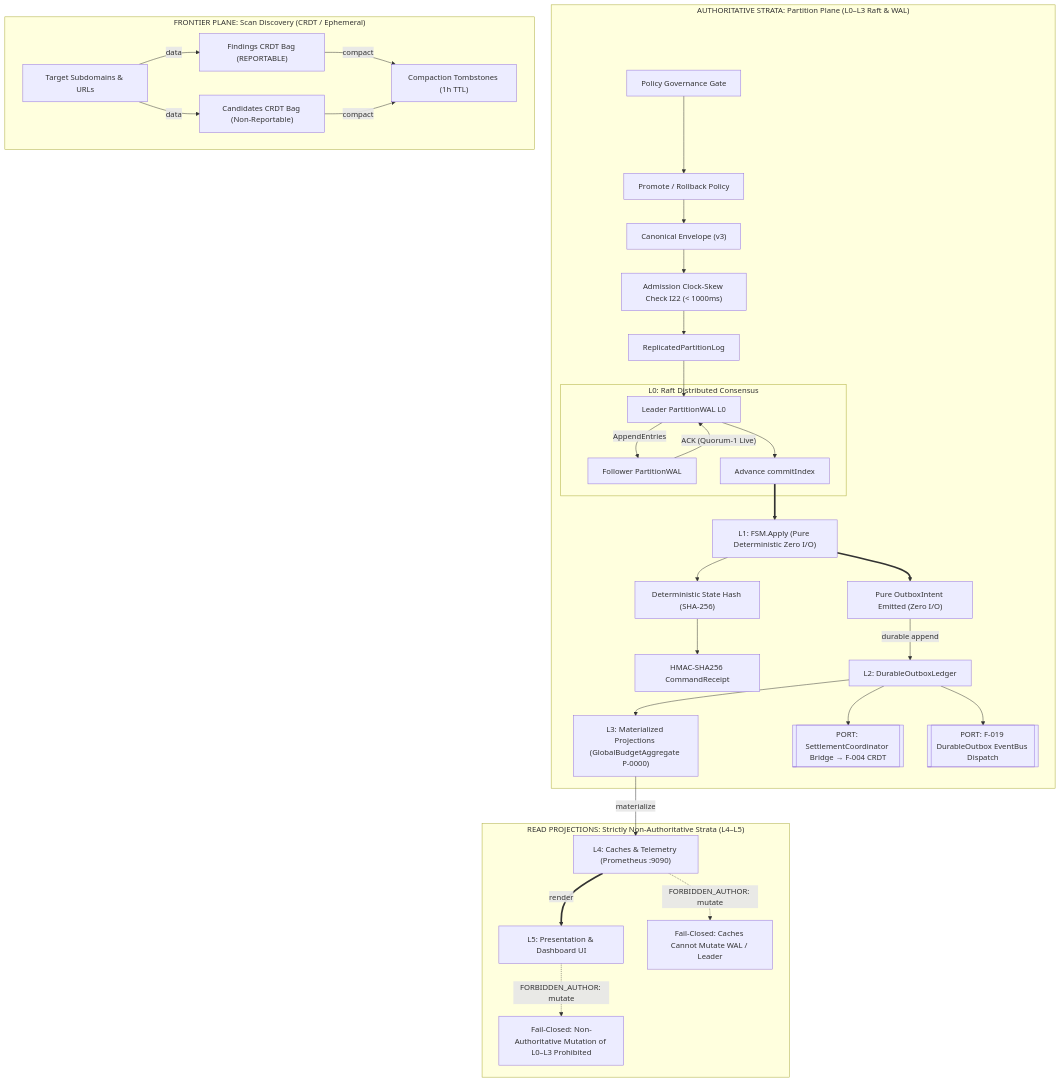
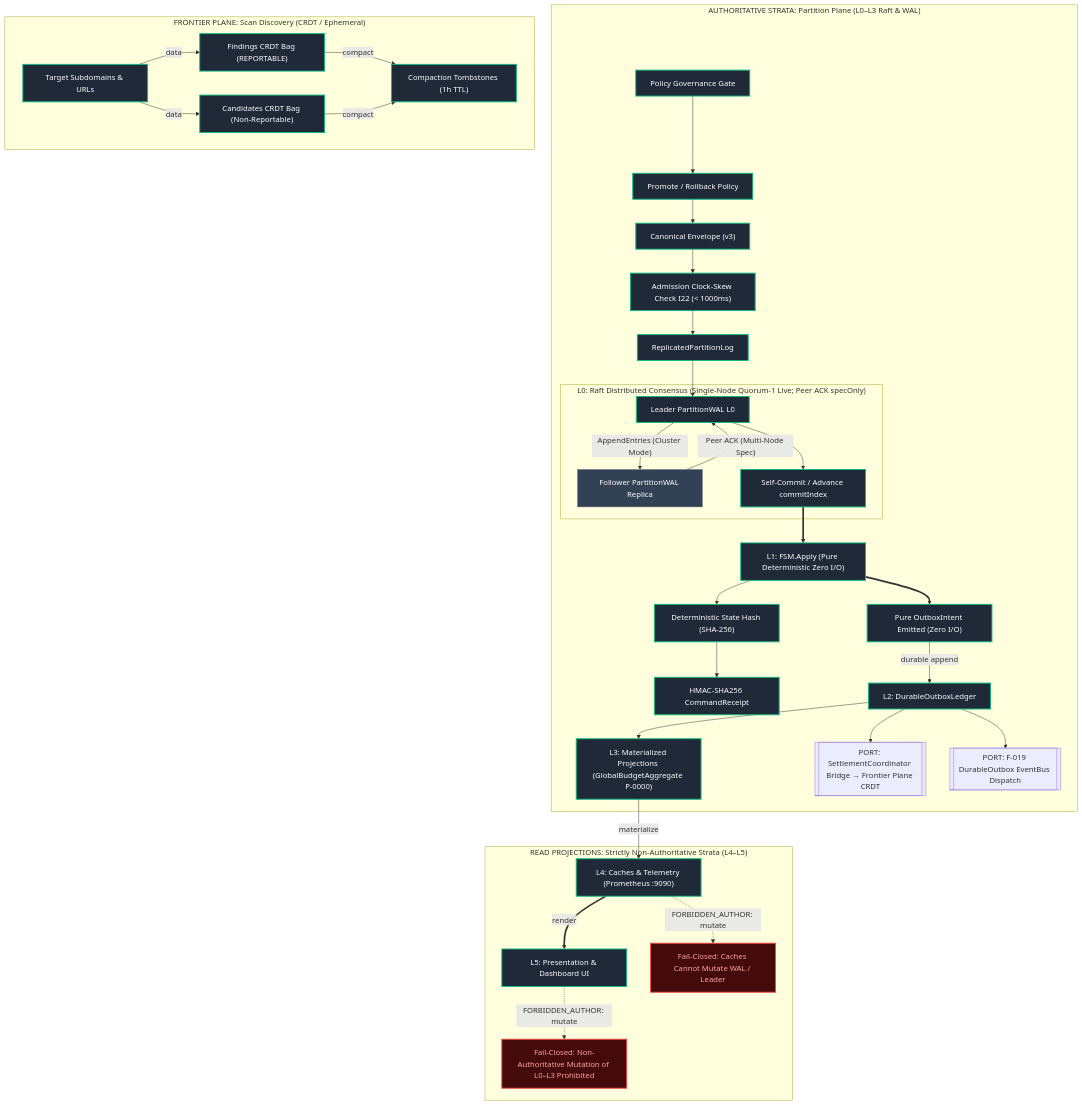
The fourth of 16 diagrams in docs/flowchart.md (AviralGup7/Singularity-Zero), drawn with Mermaid before and after one commit. The commit also changed other lines of this file, not shown here.

````diff
--- a/docs/flowchart.md
+++ b/docs/flowchart.md
@@ -181,46 +194,50 @@
 ```mermaid
 flowchart TD
+    classDef impl fill:#1f2937,stroke:#10b981,stroke-width:2px,color:#fff;
+    classDef library fill:#334155,stroke:#64748b,stroke-width:1px,color:#fff;
+    classDef forbidden fill:#450a0a,stroke:#ef4444,stroke-width:2px,color:#fca5a5;
+
     subgraph AuthoritativeStrata["AUTHORITATIVE STRATA: Partition Plane (L0–L3 Raft & WAL)"]
         Tuner["Policy Governance Gate"]:::impl --> Promo["Promote / Rollback Policy"]:::impl
         Promo --> EnvelopeIn["Canonical Envelope (v3)"]:::impl
         EnvelopeIn --> Admit["Admission Clock-Skew Check I22 (< 1000ms)"]:::impl
         Admit --> Log["ReplicatedPartitionLog"]:::impl
         
-        subgraph L0_Consensus["L0: Raft Distributed Consensus"]
+        subgraph L0_Consensus["L0: Raft Distributed Consensus (Single-Node Quorum-1 Live; Peer ACK specOnly)"]
             Leader["Leader PartitionWAL L0"]:::impl
-            F1["Follower PartitionWAL"]:::library
-            Leader -->|"AppendEntries"| F1
-            F1 -->|"ACK (Quorum-1 Live)"| Leader
-            Leader --> Commit["Advance commitIndex"]:::impl
+            F1["Follower PartitionWAL Replica"]:::library
+            Leader -->|"AppendEntries (Cluster Mode)"| F1
+            F1 -->|"Peer ACK (Multi-Node Spec)"| Leader
+            Leader --> Commit["Self-Commit / Advance commitIndex"]:::impl
         end
         Log --> Leader
         Commit ==> Apply["L1: FSM.Apply (Pure Deterministic Zero I/O)"]:::impl
         Apply --> StateHash["Deterministic State Hash (SHA-256)"]:::impl
         StateHash --> Receipt["HMAC-SHA256 CommandReceipt"]:::impl
         Apply ==> Intent["Pure OutboxIntent Emitted (Zero I/O)"]:::impl
         Intent -->|durable append| Outbox["L2: DurableOutboxLedger"]:::impl
         Outbox --> Proj["L3: Materialized Projections (GlobalBudgetAggregate P-0000)"]:::impl
         
-        Outbox --> PORT_F004_BRIDGE[["PORT: SettlementCoordinator Bridge → F-004 CRDT"]]
+        Outbox --> PORT_CRDT_BRIDGE[["PORT: SettlementCoordinator Bridge → Frontier Plane CRDT"]]
         Outbox --> PORT_F019_BUS[["PORT: F-019 DurableOutbox EventBus Dispatch"]]
     end
     
     subgraph FrontierPlane["FRONTIER PLANE: Scan Discovery (CRDT / Ephemeral)"]
         F_Targets["Target Subdomains & URLs"]:::impl
         F_Findings["Findings CRDT Bag (REPORTABLE)"]:::impl
         F_Candidates["Candidates CRDT Bag (Non-Reportable)"]:::impl
         F_Tombstones["Compaction Tombstones (1h TTL)"]:::impl
         F_Targets -->|data| F_Findings
         F_Targets -->|data| F_Candidates
         F_Findings -->|compact| F_Tombstones
         F_Candidates -->|compact| F_Tombstones
     end
     
     subgraph ReadProjections["READ PROJECTIONS: Strictly Non-Authoritative Strata (L4–L5)"]
         Proj -->|materialize| Cache["L4: Caches & Telemetry (Prometheus :9090)"]:::impl
         Cache ==>|render| UI["L5: Presentation & Dashboard UI"]:::impl
         
         UI -.->|"FORBIDDEN_AUTHOR: mutate"| ForbidL0["Fail-Closed: Non-Authoritative Mutation of L0–L3 Prohibited"]:::forbidden
         Cache -.->|"FORBIDDEN_AUTHOR: mutate"| ForbidWAL["Fail-Closed: Caches Cannot Mutate WAL / Leader"]:::forbidden
     end
 ```
````
